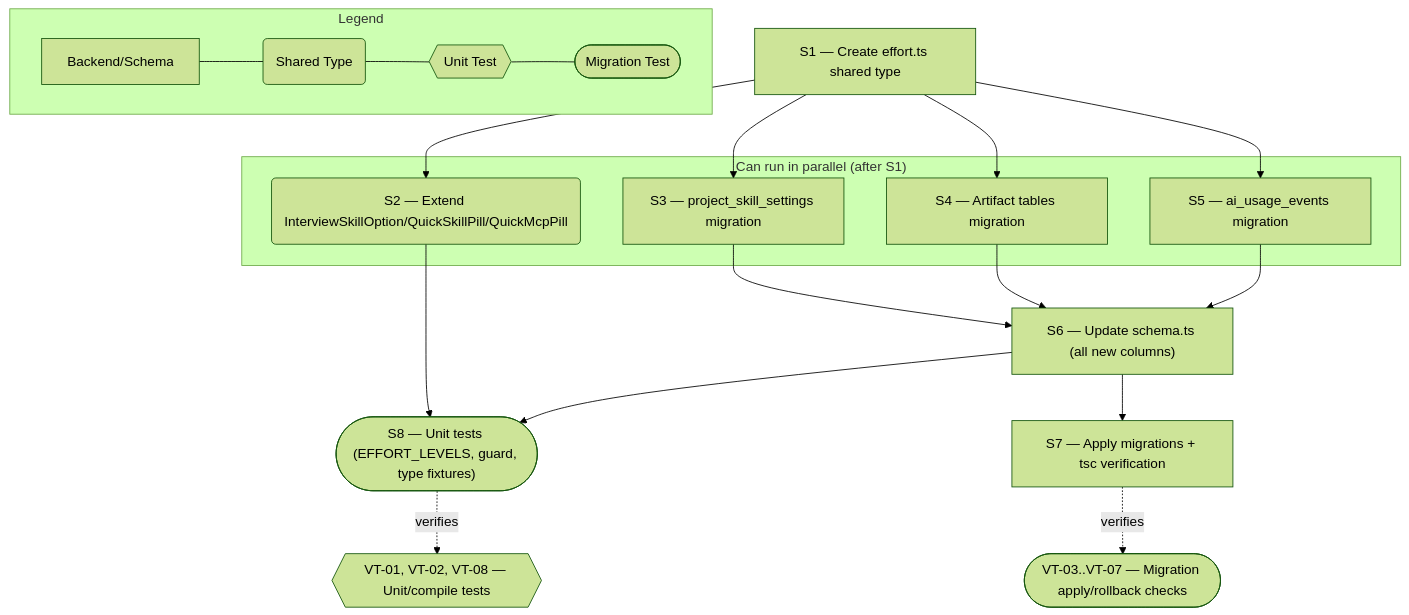
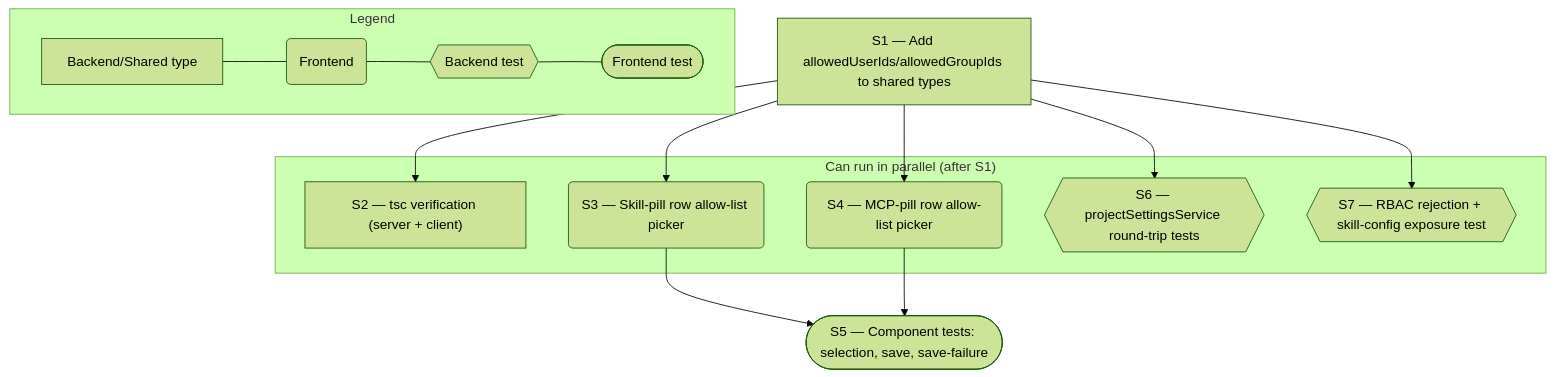
One commit to ryamiller-amergis/Apex changed the second of 2 diagrams in .ai-pilot/local-dev/feat-001/design-spec/tech-spec.md. Above: the diagram before and after it, drawn with Mermaid (forest theme). The commit also changed other lines of this file and 42 other files, not shown here.

````diff
--- a/.ai-pilot/local-dev/feat-001/design-spec/tech-spec.md
+++ b/.ai-pilot/local-dev/feat-001/design-spec/tech-spec.md
@@ -289,34 +228,26 @@
 ```mermaid
 flowchart TD
-  S1["S1 — Create effort.ts shared type"]
-  S2("S2 — Extend InterviewSkillOption/QuickSkillPill/QuickMcpPill")
-  S3["S3 — project_skill_settings migration"]
-  S4["S4 — Artifact tables migration"]
-  S5["S5 — ai_usage_events migration"]
-  S6["S6 — Update schema.ts (all new columns)"]
-  S7["S7 — Apply migrations + tsc verification"]
-  S8(["S8 — Unit tests (EFFORT_LEVELS, guard, type fixtures)"])
-  T_unit{{"VT-01, VT-02, VT-08 — Unit/compile tests"}}
-  T_migration(["VT-03..VT-07 — Migration apply/rollback checks"])
+  S1["S1 — Add allowedUserIds/allowedGroupIds to shared types"]
+  S2["S2 — tsc verification (server + client)"]
+  S3("S3 — Skill-pill row allow-list picker")
+  S4("S4 — MCP-pill row allow-list picker")
+  S5(["S5 — Component tests: selection, save, save-failure"])
+  S6{{"S6 — projectSettingsService round-trip tests"}}
+  S7{{"S7 — RBAC rejection + skill-config exposure test"}}
 
   S1 --> S2
   S1 --> S3
   S1 --> S4
-  S1 --> S5
-  S3 --> S6
-  S4 --> S6
-  S5 --> S6
-  S6 --> S7
-  S2 --> S8
-  S6 --> S8
-  S7 -.->|"verifies"| T_migration
-  S8 -.->|"verifies"| T_unit
+  S1 --> S6
+  S1 --> S7
+  S3 --> S5
+  S4 --> S5
 
   subgraph parallel1 ["Can run in parallel (after S1)"]
-    S2 & S3 & S4 & S5
+    S2 & S3 & S4 & S6 & S7
   end
 
   subgraph legend ["Legend"]
-    L1["Backend/Schema"] --- L2("Shared Type") --- L3{{"Unit Test"}} --- L4(["Migration Test"])
+    L1["Backend/Shared type"] --- L2("Frontend") --- L3{{"Backend test"}} --- L4(["Frontend test"])
   end
 ```
````
